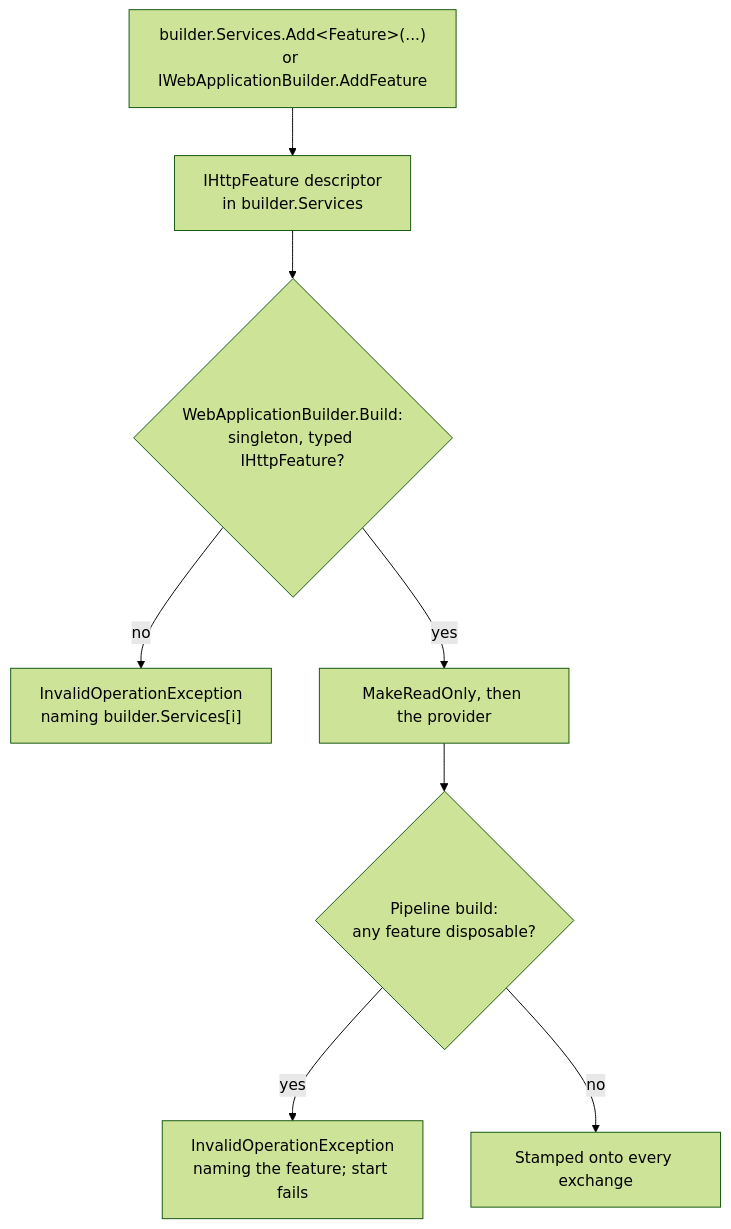
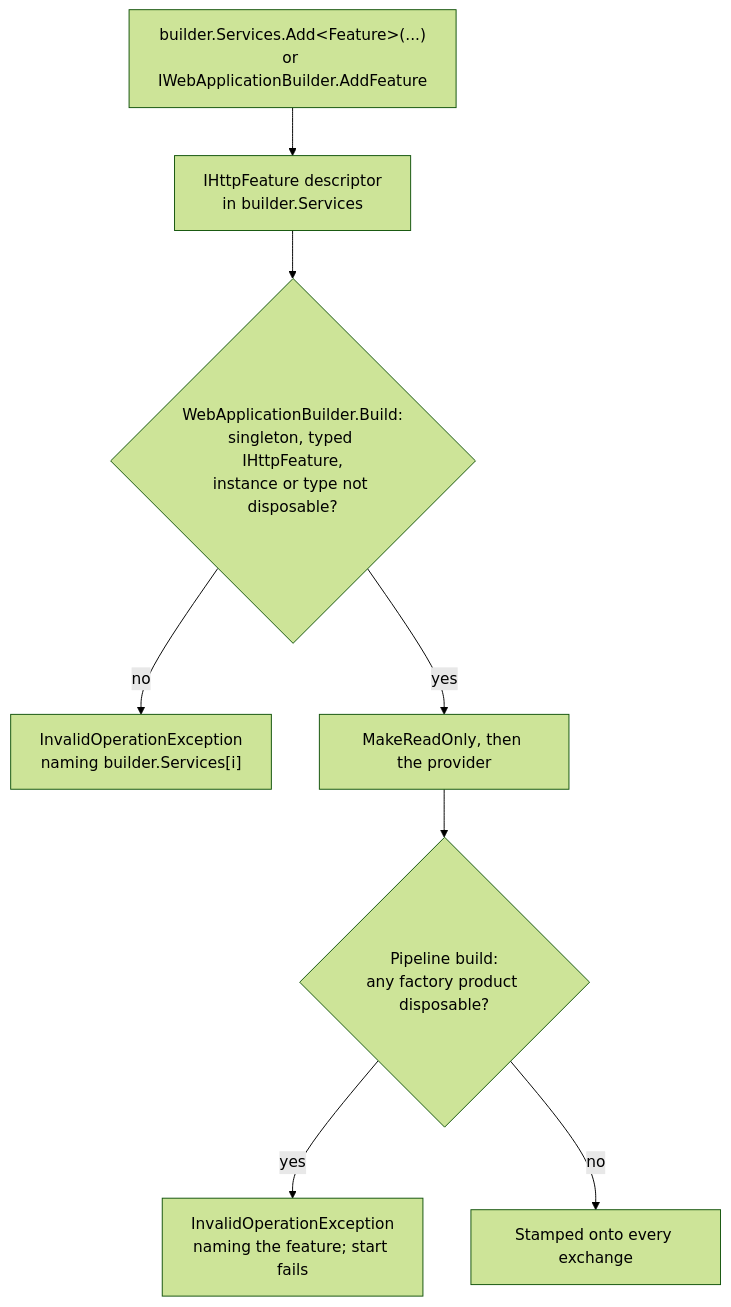
One commit to assimalign/cohesion changed the fifth of 5 diagrams in resources/Web/Assimalign.Cohesion.Web.Hosting/docs/DESIGN.md. Above: the diagram before and after it, drawn with Mermaid (forest theme). The commit also changed other lines of this file and 7 other files, not shown here.

````diff
--- a/resources/Web/Assimalign.Cohesion.Web.Hosting/docs/DESIGN.md
+++ b/resources/Web/Assimalign.Cohesion.Web.Hosting/docs/DESIGN.md
@@ -785,10 +788,10 @@
 ```mermaid
 flowchart TD
     Verb["builder.Services.Add&lt;Feature&gt;(...)<br/>or IWebApplicationBuilder.AddFeature"] --> Descriptor["IHttpFeature descriptor<br/>in builder.Services"]
-    Descriptor --> Build{"WebApplicationBuilder.Build:<br/>singleton, typed IHttpFeature?"}
+    Descriptor --> Build{"WebApplicationBuilder.Build:<br/>singleton, typed IHttpFeature,<br/>instance or type not disposable?"}
     Build -->|no| BuildError["InvalidOperationException<br/>naming builder.Services[i]"]
     Build -->|yes| Provider["MakeReadOnly, then the provider"]
-    Provider --> Snapshot{"Pipeline build:<br/>any feature disposable?"}
+    Provider --> Snapshot{"Pipeline build:<br/>any factory product disposable?"}
     Snapshot -->|yes| StartError["InvalidOperationException<br/>naming the feature; start fails"]
     Snapshot -->|no| Stamp["Stamped onto every exchange"]
 ```
````
